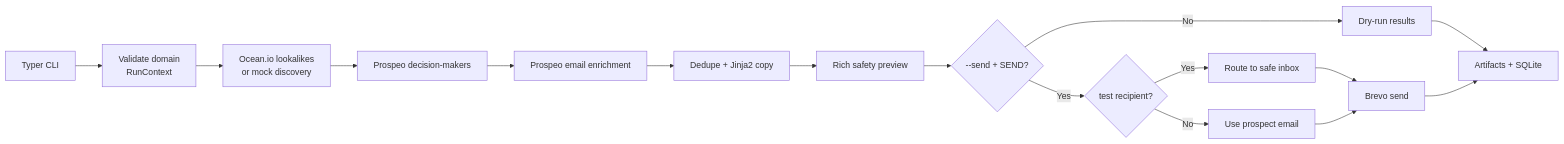
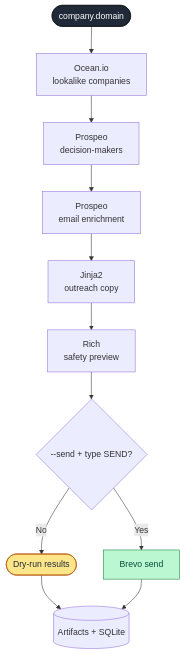
The first of 2 diagrams in README.md (Gupta2708/AutoOutreach), drawn with Mermaid before and after one commit. The commit also changed other lines of this file, not shown here.

````diff
--- a/README.md
+++ b/README.md
@@ -35,18 +24,18 @@
 ```mermaid
-flowchart LR
-    CLI[Typer CLI] --> CTX[Validate domain<br/>RunContext]
-    CTX --> DISC[Ocean.io lookalikes<br/>or mock discovery]
-    DISC --> PEOPLE[Prospeo decision-makers]
-    PEOPLE --> EMAIL[Prospeo email enrichment]
-    EMAIL --> COPY[Dedupe + Jinja2 copy]
-    COPY --> PREVIEW[Rich safety preview]
-    PREVIEW --> GATE{--send + SEND?}
-    GATE -->|No| DRY[Dry-run results]
-    GATE -->|Yes| ROUTE{test recipient?}
-    ROUTE -->|Yes| TEST[Route to safe inbox]
-    ROUTE -->|No| REAL[Use prospect email]
-    TEST --> BREVO[Brevo send]
-    REAL --> BREVO
-    DRY --> SAVE[Artifacts + SQLite]
-    BREVO --> SAVE
+flowchart TD
+    A([company.domain]):::seed
+    A --> B[Ocean.io<br/>lookalike companies]
+    B --> C[Prospeo<br/>decision-makers]
+    C --> D[Prospeo<br/>email enrichment]
+    D --> E[Jinja2<br/>outreach copy]
+    E --> F[Rich<br/>safety preview]
+    F --> G{--send + type SEND?}
+    G -->|No| H([Dry-run results]):::dry
+    G -->|Yes| I[Brevo send]:::send
+    H --> J[(Artifacts + SQLite)]
+    I --> J
+
+    classDef seed fill:#1f2937,stroke:#111,color:#fff;
+    classDef dry fill:#fde68a,stroke:#b45309,color:#1f2937;
+    classDef send fill:#bbf7d0,stroke:#15803d,color:#064e3b;
 ```
````
